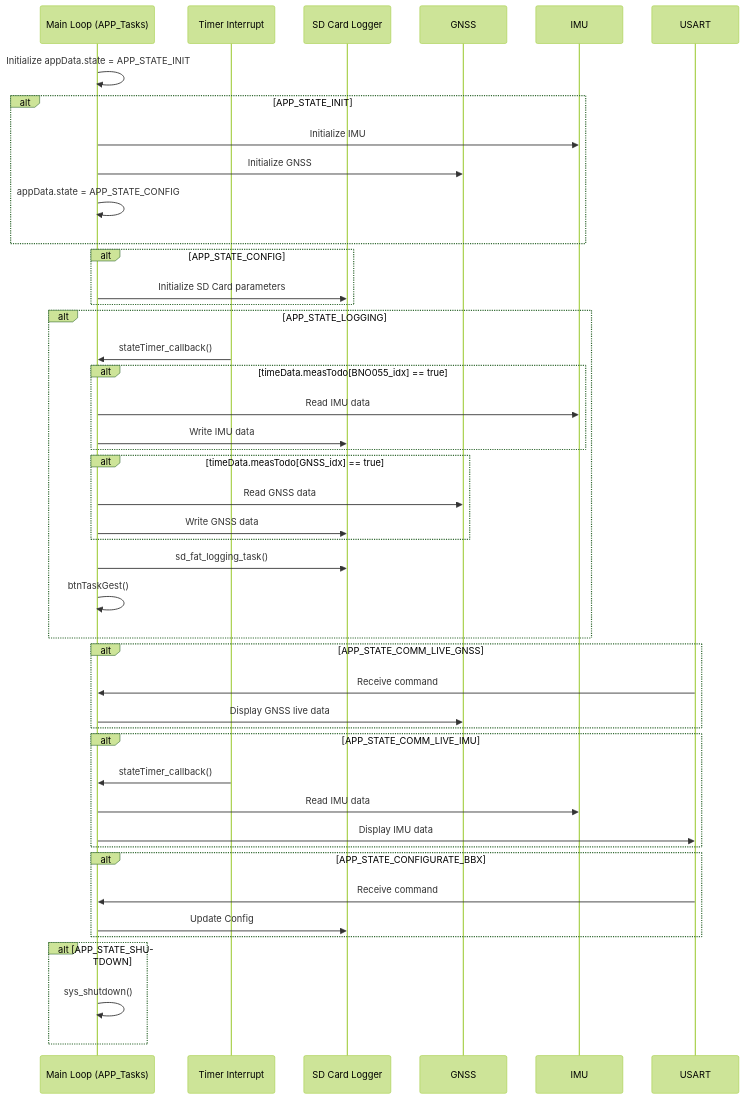
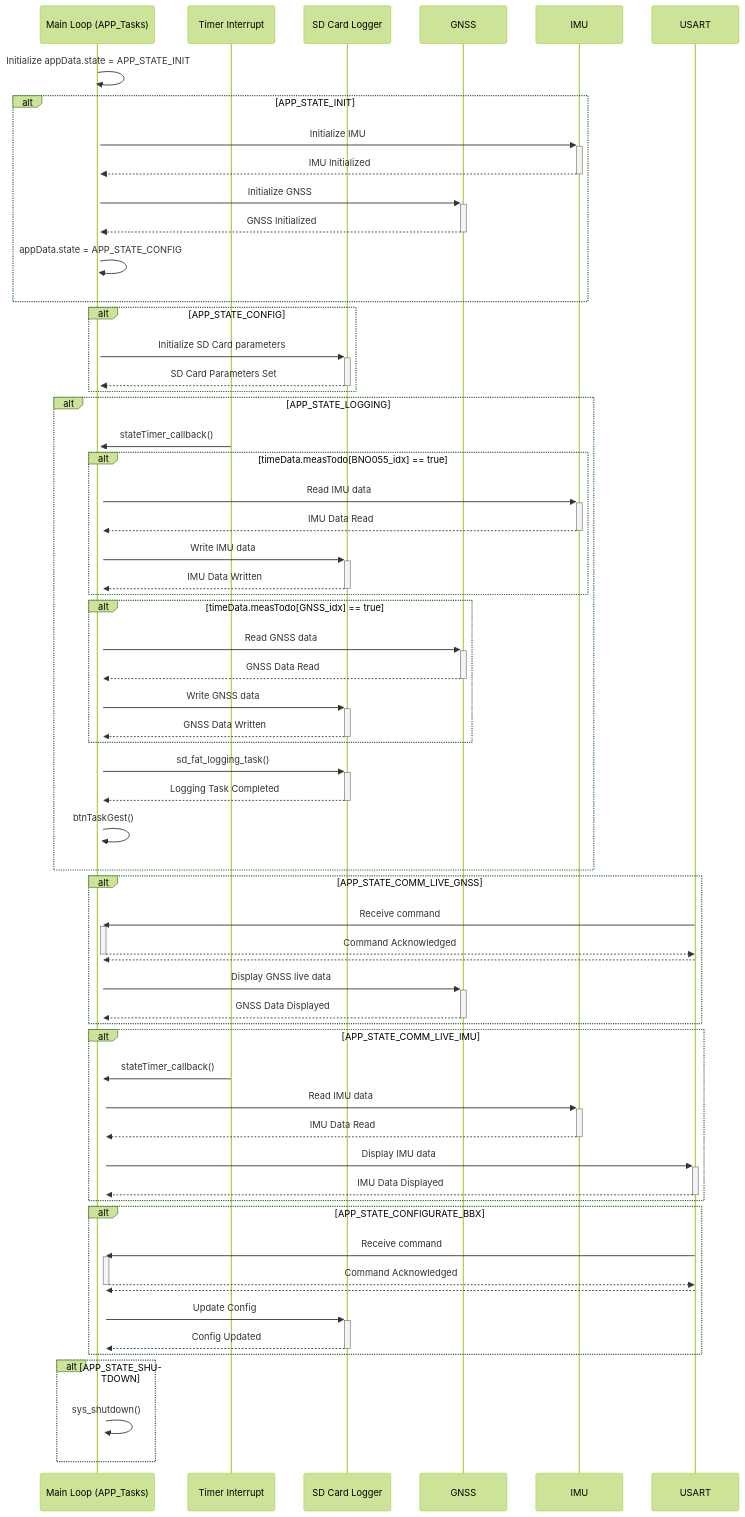
Before and after one commit to Ali-Z0/1924B_Miniaturized-Flight-Recorder: the diagram in doc/references/diagrammes-mermaid/sequence-app.mmd, drawn with Mermaid (forest theme). The commit also changed 12 other files, not shown here.

```diff
--- a/doc/references/diagrammes-mermaid/sequence-app.mmd
+++ b/doc/references/diagrammes-mermaid/sequence-app.mmd
@@ -1,52 +1,68 @@
 sequenceDiagram
     participant Main as Main Loop (APP_Tasks)
     participant Timer as Timer Interrupt
     participant SD as SD Card Logger
     participant GNSS
     participant IMU
     participant USART
 
-    Main->>Main: Initialize appData.state = APP_STATE_INIT
+    Main->>+Main: Initialize appData.state = APP_STATE_INIT
     alt APP_STATE_INIT
-        Main->>IMU: Initialize IMU
-        Main->>GNSS: Initialize GNSS
+        Main->>+IMU: Initialize IMU
+        IMU-->>-Main: IMU Initialized
+        Main->>+GNSS: Initialize GNSS
+        GNSS-->>-Main: GNSS Initialized
         Main->>Main: appData.state = APP_STATE_CONFIG
     end
 
     alt APP_STATE_CONFIG
-        Main->>SD: Initialize SD Card parameters
+        Main->>+SD: Initialize SD Card parameters
+        SD-->>-Main: SD Card Parameters Set
     end
 
     alt APP_STATE_LOGGING
-        Timer->>Main: stateTimer_callback()
+        Timer->>+Main: stateTimer_callback()
         alt timeData.measTodo[BNO055_idx] == true
-            Main->>IMU: Read IMU data
-            Main->>SD: Write IMU data
+            Main->>+IMU: Read IMU data
+            IMU-->>-Main: IMU Data Read
+            Main->>+SD: Write IMU data
+            SD-->>-Main: IMU Data Written
         end
         alt timeData.measTodo[GNSS_idx] == true
-            Main->>GNSS: Read GNSS data
-            Main->>SD: Write GNSS data
+            Main->>+GNSS: Read GNSS data
+            GNSS-->>-Main: GNSS Data Read
+            Main->>+SD: Write GNSS data
+            SD-->>-Main: GNSS Data Written
         end
-        Main->>SD: sd_fat_logging_task()
+        Main->>+SD: sd_fat_logging_task()
+        SD-->>-Main: Logging Task Completed
         Main->>Main: btnTaskGest()
     end
 
     alt APP_STATE_COMM_LIVE_GNSS
-        USART->>Main: Receive command
-        Main->>GNSS: Display GNSS live data
+        USART->>+Main: Receive command
+        Main-->>-USART: Command Acknowledged
+        USART-->>Main: 
+        Main->>+GNSS: Display GNSS live data
+        GNSS-->>-Main: GNSS Data Displayed
     end
 
     alt APP_STATE_COMM_LIVE_IMU
-        Timer->>Main: stateTimer_callback()
-        Main->>IMU: Read IMU data
-        Main->>USART: Display IMU data
+        Timer->>+Main: stateTimer_callback()
+        Main->>+IMU: Read IMU data
+        IMU-->>-Main: IMU Data Read
+        Main->>+USART: Display IMU data
+        USART-->>-Main: IMU Data Displayed
     end
 
     alt APP_STATE_CONFIGURATE_BBX
-        USART->>Main: Receive command
-        Main->>SD: Update Config
+        USART->>+Main: Receive command
+        Main-->>-USART: Command Acknowledged
+        USART-->>Main: 
+        Main->>+SD: Update Config
+        SD-->>-Main: Config Updated
     end
 
     alt APP_STATE_SHUTDOWN
         Main->>Main: sys_shutdown()
     end
```
